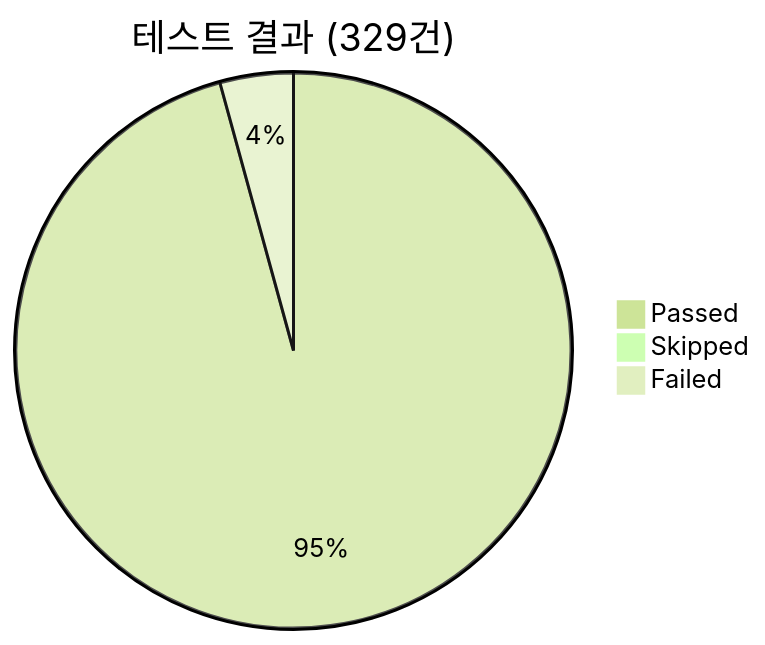
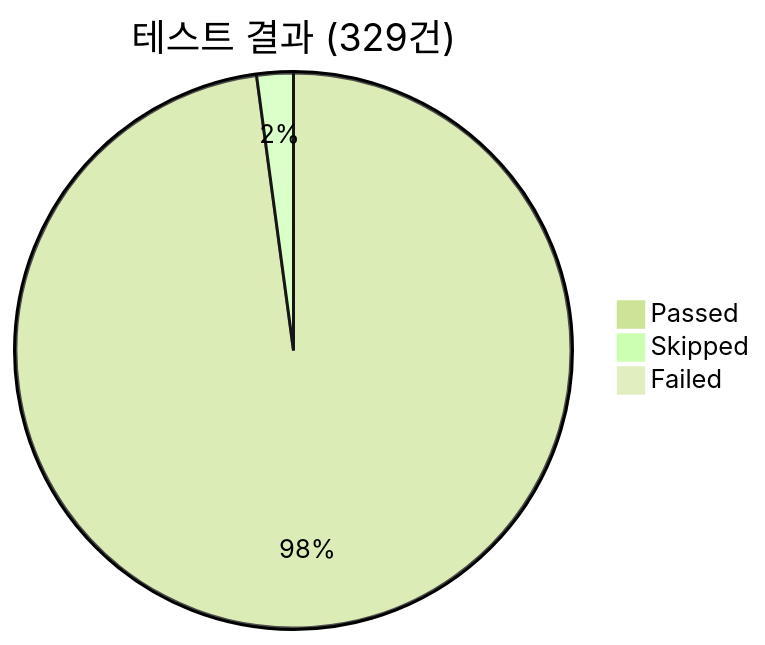
Diagram 22 of 31 in README.md (sun475300-sudo/Swarm-control-in-sc2bot), drawn with Mermaid (forest theme) before and after one commit. The commit also changed other lines of this file, not shown here.

First line of the commit message:
docs: README 업데이트 — Phase 13 반영 (테스트 0 failed, 103건 버그 수정)

````diff
--- a/README.md
+++ b/README.md
@@ -612,6 +612,6 @@
 ```mermaid
 pie title 테스트 결과 (329건)
-    "Passed" : 314
-    "Skipped" : 1
-    "Failed" : 14
+    "Passed" : 322
+    "Skipped" : 7
+    "Failed" : 0
 ```
````
